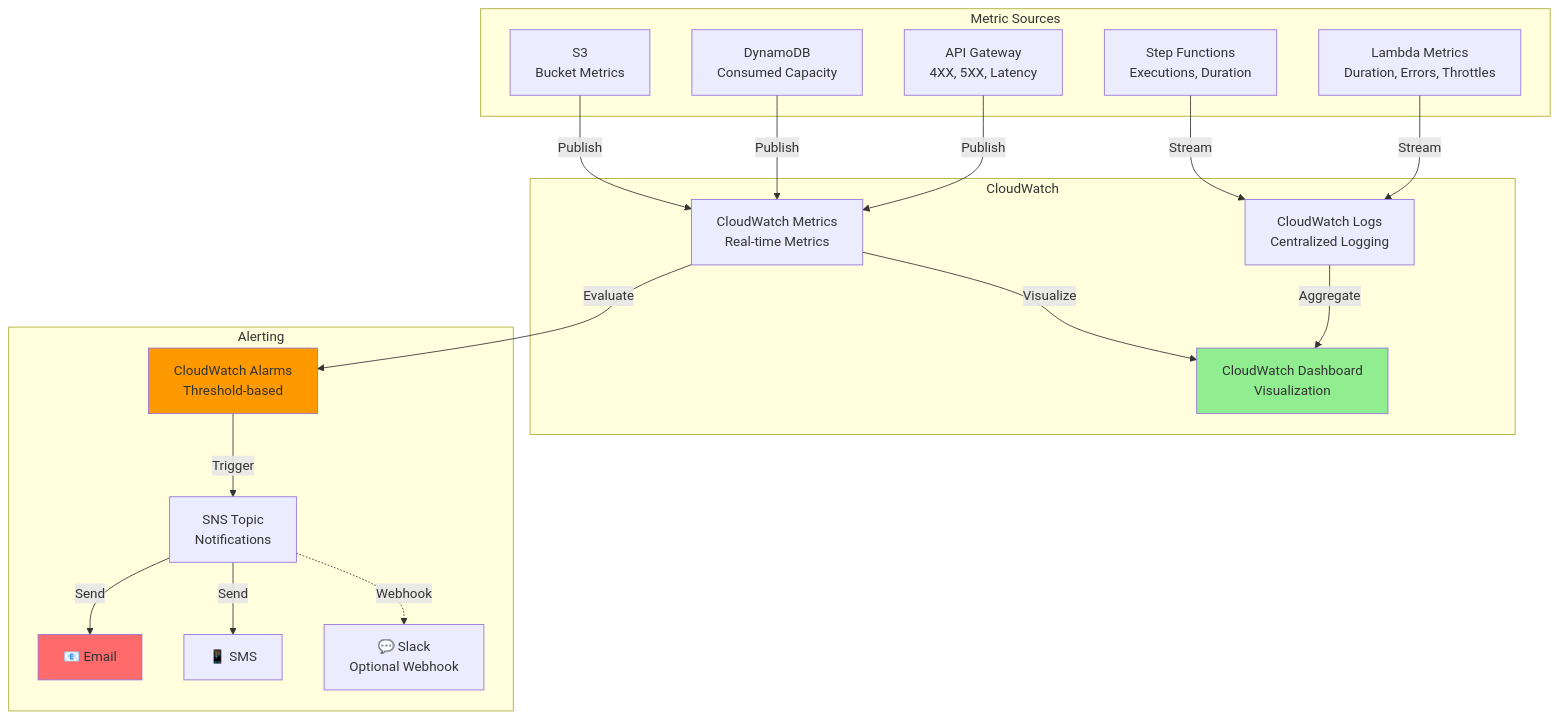
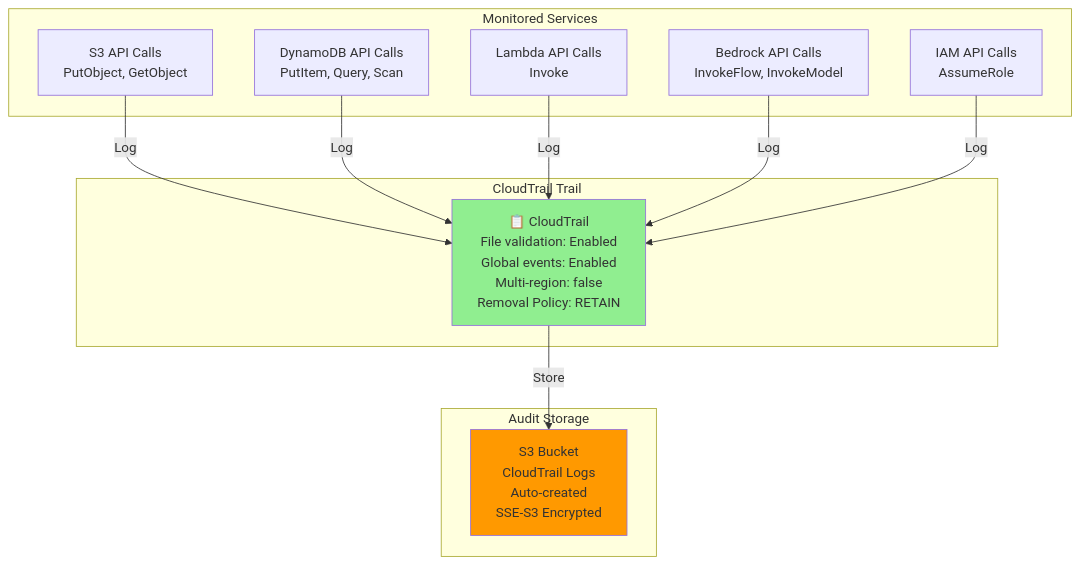
Diagram 16 of 19 in ARCHITECTURE.md (annabook21/IntelligentDoc_Processor), drawn with Mermaid before and after one commit. The commit also changed other lines of this file and 5 other files, not shown here.

First line of the commit message:
Add accurate architecture documentation and AWS diagram creation guides

````diff
--- a/ARCHITECTURE.md
+++ b/ARCHITECTURE.md
@@ -704,43 +687,29 @@
 ```mermaid
 graph TB
-    subgraph "Metric Sources"
-        Lambda[Lambda Metrics<br/>Duration, Errors, Throttles]
-        SFN[Step Functions<br/>Executions, Duration]
-        API[API Gateway<br/>4XX, 5XX, Latency]
-        DDB[DynamoDB<br/>Consumed Capacity]
-        S3[S3<br/>Bucket Metrics]
+    subgraph "CloudTrail Trail"
+        Trail[📋 CloudTrail<br/>File validation: Enabled<br/>Global events: Enabled<br/>Multi-region: false<br/>Removal Policy: RETAIN]
     end
-    
-    subgraph "CloudWatch"
-        Logs[CloudWatch Logs<br/>Centralized Logging]
-        Metrics[CloudWatch Metrics<br/>Real-time Metrics]
-        Dashboard[CloudWatch Dashboard<br/>Visualization]
+
+    subgraph "Monitored Services"
+        S3Events[S3 API Calls<br/>PutObject, GetObject]
+        DDBEvents[DynamoDB API Calls<br/>PutItem, Query, Scan]
+        LambdaEvents[Lambda API Calls<br/>Invoke]
+        BedrockEvents[Bedrock API Calls<br/>InvokeFlow, InvokeModel]
+        IAMEvents[IAM API Calls<br/>AssumeRole]
     end
-    
-    subgraph "Alerting"
-        Alarms[CloudWatch Alarms<br/>Threshold-based]
-        SNS[SNS Topic<br/>Notifications]
-        Email[📧 Email]
-        SMS[📱 SMS]
-        Slack[💬 Slack<br/>Optional Webhook]
+
+    subgraph "Audit Storage"
+        TrailBucket[S3 Bucket<br/>CloudTrail Logs<br/>Auto-created<br/>SSE-S3 Encrypted]
     end
-    
-    Lambda -->|Stream| Logs
-    SFN -->|Stream| Logs
-    API -->|Publish| Metrics
-    DDB -->|Publish| Metrics
-    S3 -->|Publish| Metrics
-    
-    Logs -->|Aggregate| Dashboard
-    Metrics -->|Visualize| Dashboard
-    Metrics -->|Evaluate| Alarms
-    
-    Alarms -->|Trigger| SNS
-    SNS -->|Send| Email
-    SNS -->|Send| SMS
-    SNS -.->|Webhook| Slack
-    
-    style Dashboard fill:#90EE90
-    style Alarms fill:#ff9900
-    style Email fill:#ff6b6b
+
+    S3Events -->|Log| Trail
+    DDBEvents -->|Log| Trail
+    LambdaEvents -->|Log| Trail
+    BedrockEvents -->|Log| Trail
+    IAMEvents -->|Log| Trail
+
+    Trail -->|Store| TrailBucket
+
+    style Trail fill:#90EE90
+    style TrailBucket fill:#ff9900
 ```
````
